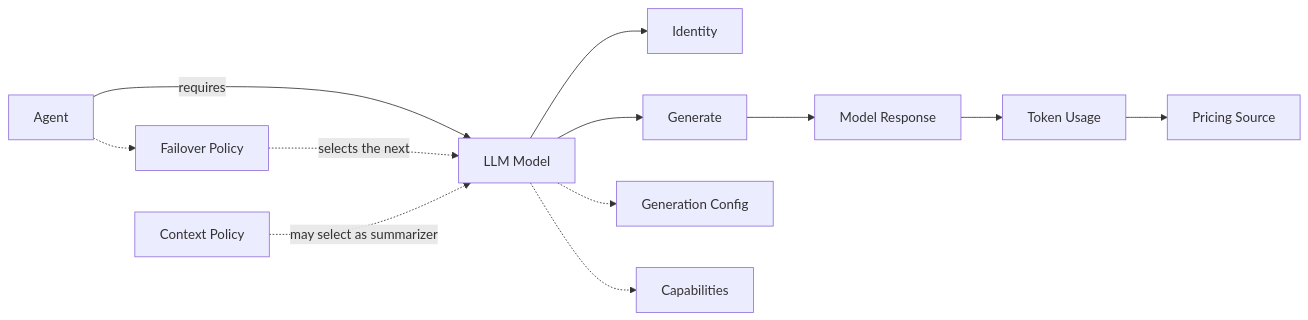
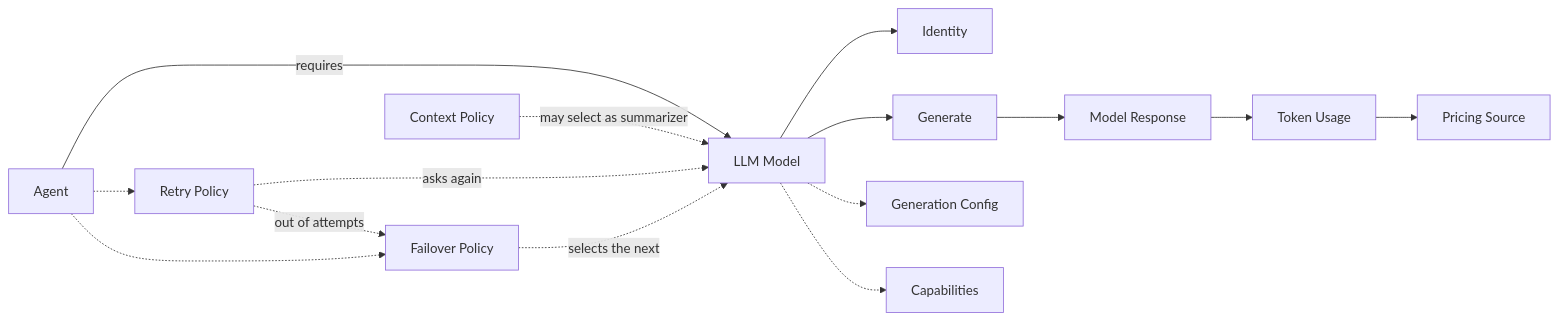
The diagram in .knowledge/llm-model.md (gabrieljsilva/nestjs-adk), drawn with Mermaid before and after one commit. The commit also changed other lines of this file and 126 other files, not shown here.

First line of the commit message:
feat(core)!: opções em grupos, entradas como objeto e retry que não é failover

````diff
--- a/.knowledge/llm-model.md
+++ b/.knowledge/llm-model.md
@@ -35,18 +41,21 @@
 ```mermaid
 flowchart LR
     Agent[Agent] -->|requires| Model[LLM Model]
 
     Model --> Identity[Identity]
     Model --> Generate[Generate]
     Model -.-> Config[Generation Config]
     Model -.-> Capabilities[Capabilities]
 
+    Agent -.-> Retry[Retry Policy]
+    Retry -.->|asks again| Model
     Agent -.-> Failover[Failover Policy]
+    Retry -.->|out of attempts| Failover
     Failover -.->|selects the next| Model
 
     Generate --> Response[Model Response]
     Response --> Usage[Token Usage]
     Usage --> Pricing[Pricing Source]
 
     Context[Context Policy] -.->|may select as summarizer| Model
 ```
````
